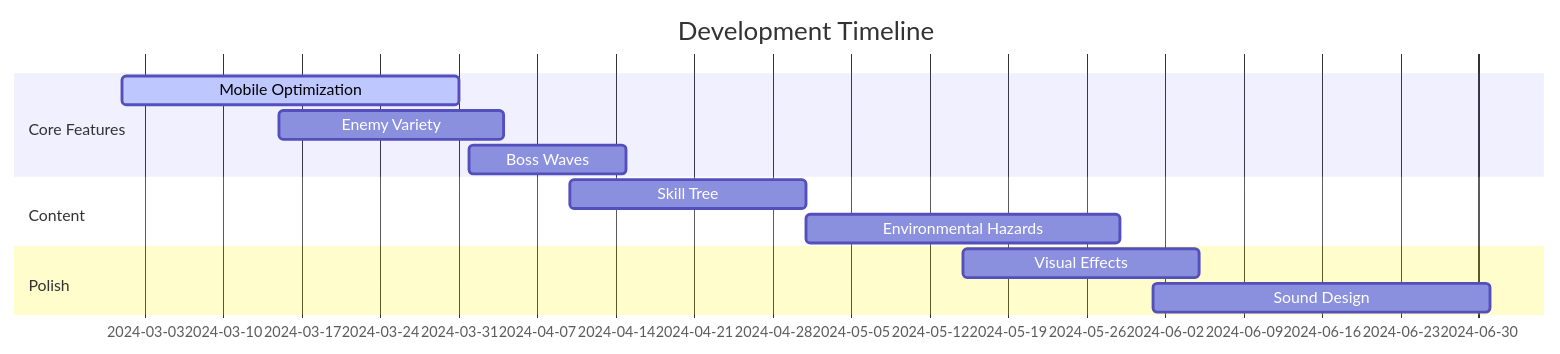
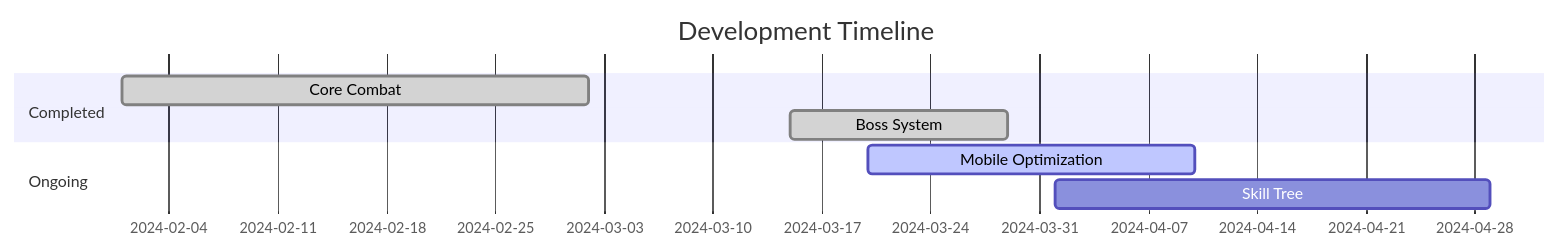
Before and after one commit to suttonwilliamd/improved-octo-sniffle: the diagram in README.md, drawn with Mermaid. The commit also changed other lines of this file, not shown here.

````diff
--- a/README.md
+++ b/README.md
@@ -121,17 +50,11 @@
 ```mermaid
 gantt
     title Development Timeline
-    dateFormat  YYYY-MM-DD
-    section Core Features
-    Mobile Optimization       :active, 2024-03-01, 30d
-    Enemy Variety             :2024-03-15, 20d
-    Boss Waves                :2024-04-01, 14d
+    section Completed
+    Core Combat :done, 2024-02-01, 30d
+    Boss System :done, 2024-03-15, 14d
     
-    section Content
-    Skill Tree                :2024-04-10, 21d
-    Environmental Hazards     :2024-05-01, 28d
-    
-    section Polish
-    Visual Effects            :2024-05-15, 21d
-    Sound Design              :2024-06-01, 30d
+    section Ongoing
+    Mobile Optimization :active, 2024-03-20, 21d
+    Skill Tree :2024-04-01, 28d
 ```
````
